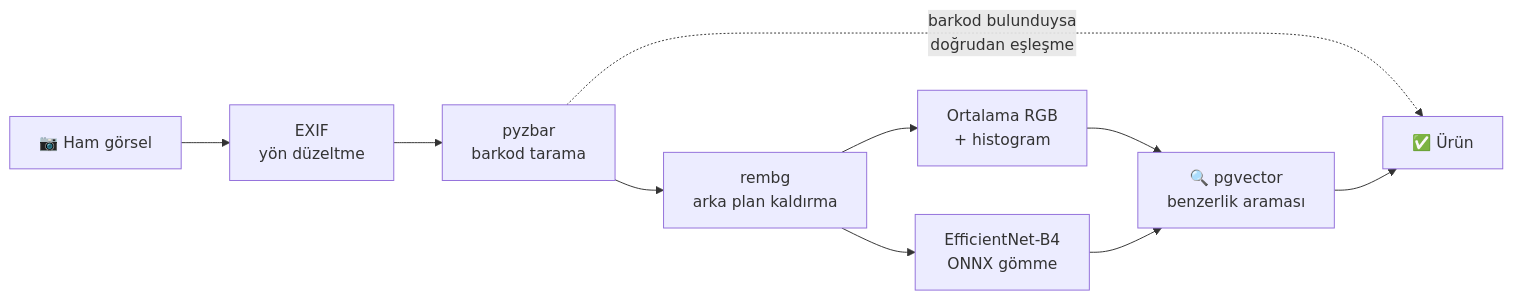
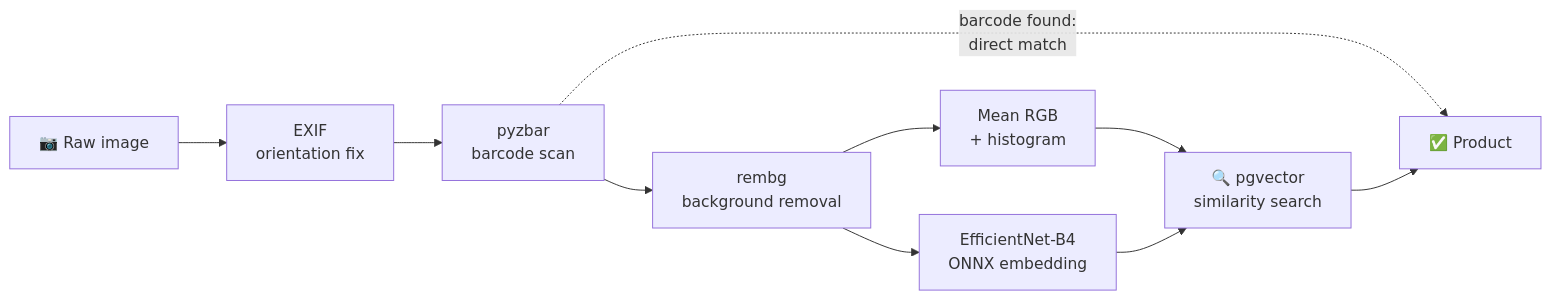
Before and after one commit to talhaymn7/clearcart-docker: the second of 2 diagrams in README.md, drawn with Mermaid. The commit also changed other lines of this file, not shown here.

````diff
--- a/README.md
+++ b/README.md
@@ -66,12 +66,12 @@
 ```mermaid
 flowchart LR
-    A["📷 Ham görsel"] --> B["EXIF<br/>yön düzeltme"]
-    B --> C["pyzbar<br/>barkod tarama"]
-    C --> D["rembg<br/>arka plan kaldırma"]
-    D --> E["Ortalama RGB<br/>+ histogram"]
-    D --> F["EfficientNet-B4<br/>ONNX gömme"]
-    E --> G["🔍 pgvector<br/>benzerlik araması"]
+    A["📷 Raw image"] --> B["EXIF<br/>orientation fix"]
+    B --> C["pyzbar<br/>barcode scan"]
+    C --> D["rembg<br/>background removal"]
+    D --> E["Mean RGB<br/>+ histogram"]
+    D --> F["EfficientNet-B4<br/>ONNX embedding"]
+    E --> G["🔍 pgvector<br/>similarity search"]
     F --> G
-    C -.->|"barkod bulunduysa<br/>doğrudan eşleşme"| H["✅ Ürün"]
+    C -.->|"barcode found:<br/>direct match"| H["✅ Product"]
     G --> H
 ```
````
